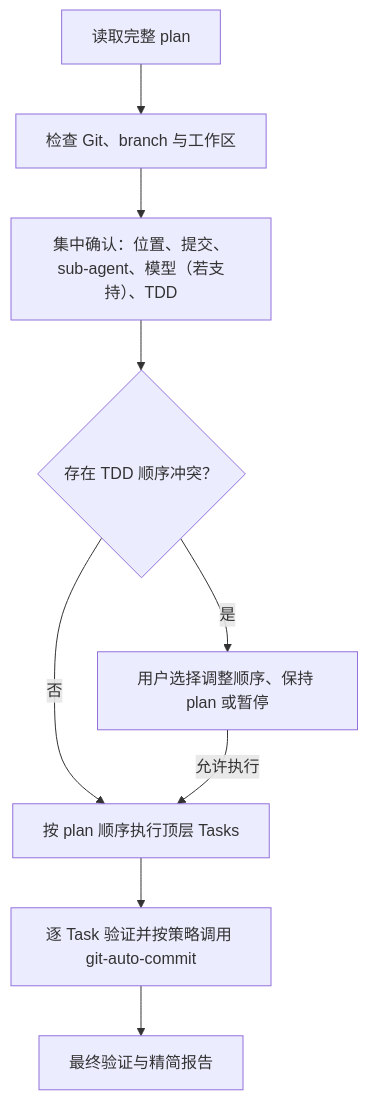
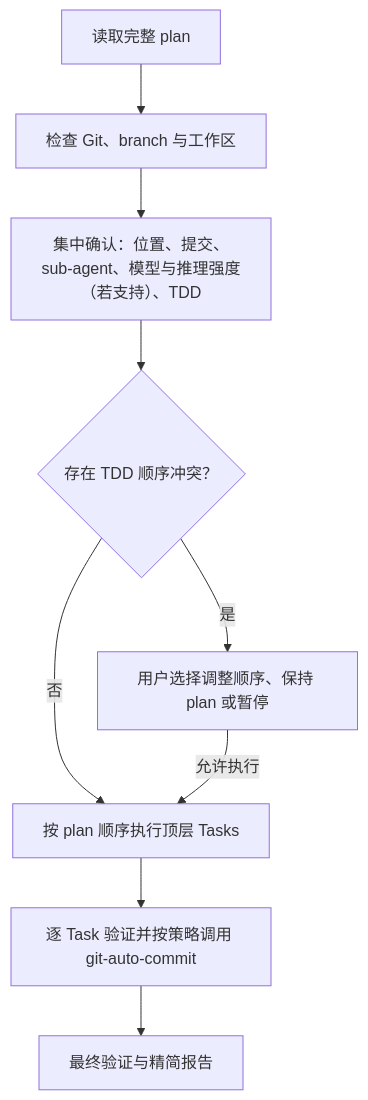
One commit to cmstar/hyperpowers-skills changed the third of 4 diagrams in docs/wiki.md. Above: the diagram before and after it, drawn with Mermaid. The commit also changed other lines of this file and 2 other files, not shown here.

First line of the commit message:
让执行器按平台能力确认 sub-agent 推理强度并遵守默认配置

````diff
--- a/docs/wiki.md
+++ b/docs/wiki.md
@@ -353,11 +356,11 @@
 ```mermaid
 flowchart TD
     P["读取完整 plan"] --> G["检查 Git、branch 与工作区"]
-    G --> C["集中确认：位置、提交、sub-agent、模型（若支持）、TDD"]
+    G --> C["集中确认：位置、提交、sub-agent、模型与推理强度（若支持）、TDD"]
     C --> K{"存在 TDD 顺序冲突？"}
     K -->|"是"| R["用户选择调整顺序、保持 plan 或暂停"]
     K -->|"否"| T["按 plan 顺序执行顶层 Tasks"]
     R -->|"允许执行"| T
     T --> V["逐 Task 验证并按策略调用 git-auto-commit"]
     V --> F["最终验证与精简报告"]
 ```
````
